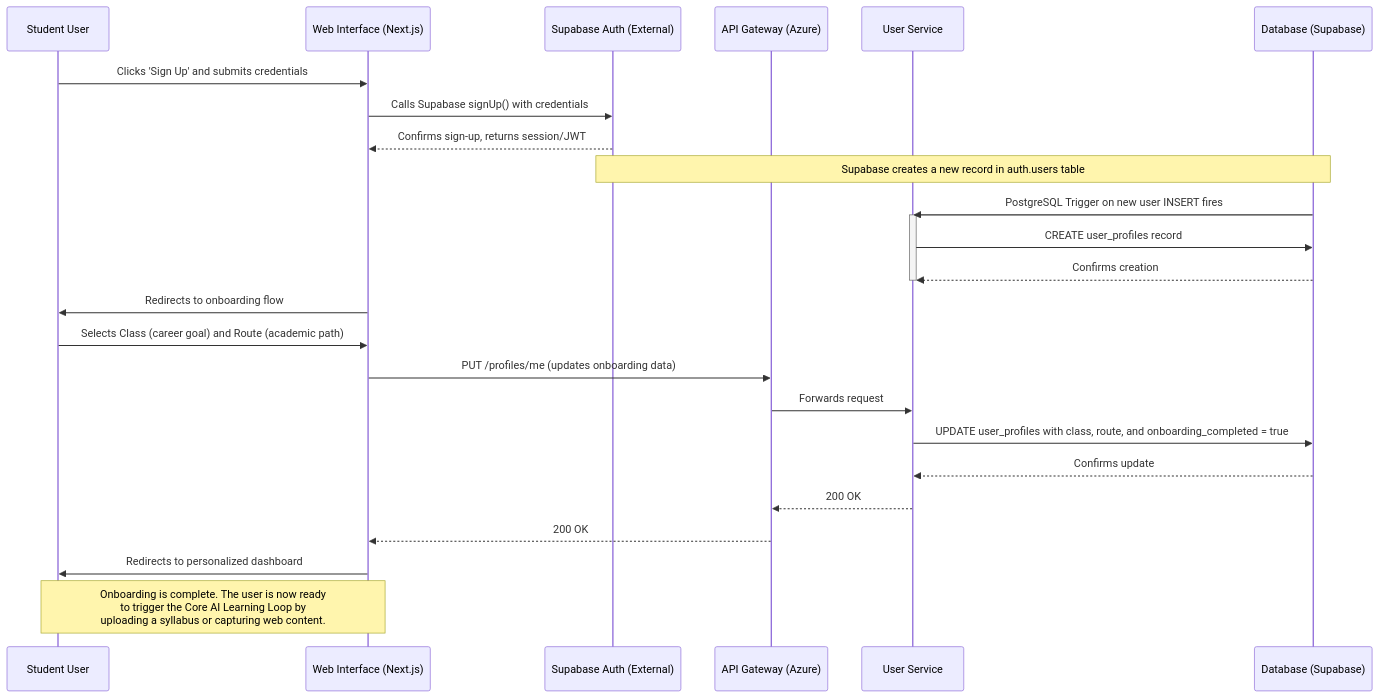
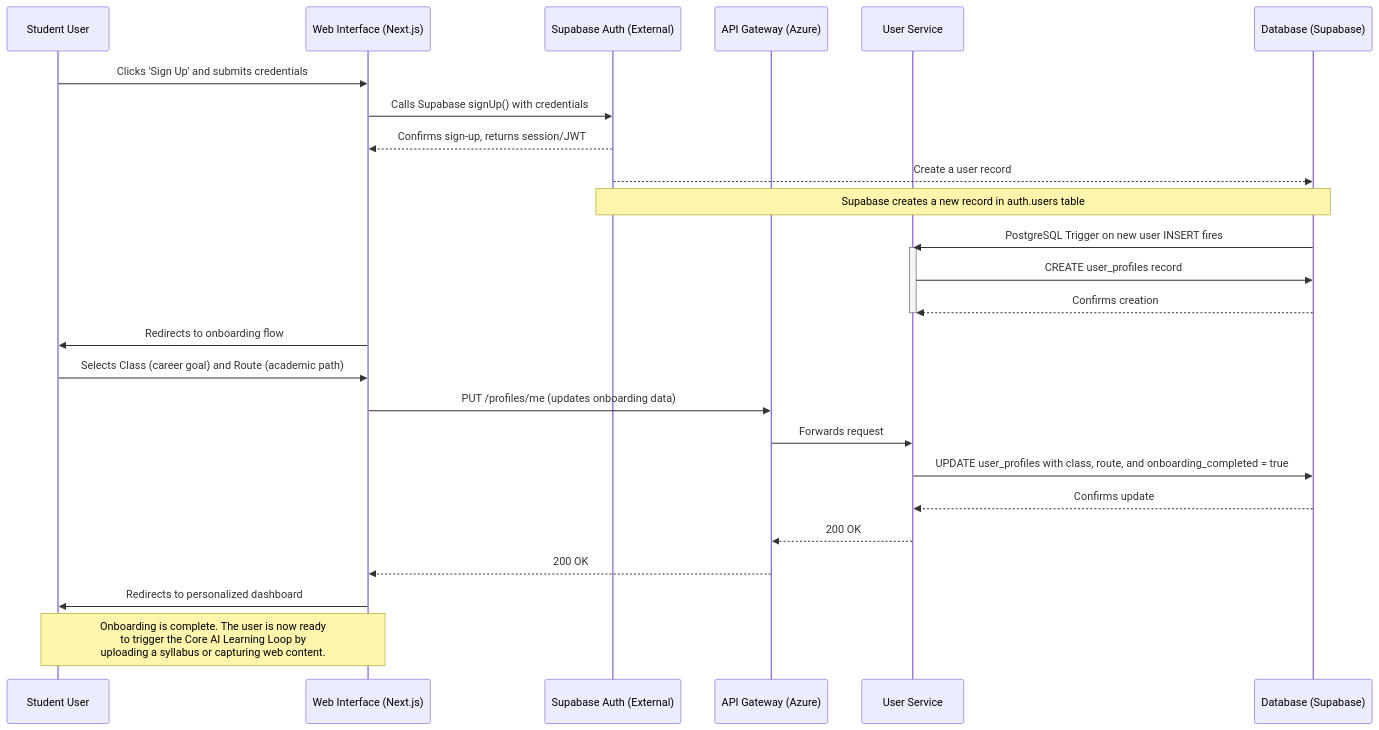
The diagram in mermaid-diagrams/sequence/01-student-onboarding.md (FA25SE050-RogueLearn/RogueLearn.BMAD.Documentation), drawn with Mermaid before and after one commit. The commit also changed 1 other file, not shown here.

````diff
--- a/mermaid-diagrams/sequence/01-student-onboarding.md
+++ b/mermaid-diagrams/sequence/01-student-onboarding.md
@@ -3,36 +3,37 @@
 ```mermaid
 sequenceDiagram
     participant U as Student User
     participant UI as Web Interface (Next.js)
     participant SupabaseAuth as Supabase Auth (External)
     participant APIGateway as API Gateway (Azure)
     participant UserService as User Service
     participant Database as Database (Supabase)
 
     %% Step 1: User Registration via Supabase SDK %%
     U->>UI: Clicks 'Sign Up' and submits credentials
     UI->>SupabaseAuth: Calls Supabase signUp() with credentials
     SupabaseAuth-->>UI: Confirms sign-up, returns session/JWT
-
+    SupabaseAuth-->>Database: Create a user record
+    
     %% Step 2: Backend Profile Creation via DB Trigger %%
     Note over SupabaseAuth, Database: Supabase creates a new record in auth.users table
     Database->>UserService: PostgreSQL Trigger on new user INSERT fires
     activate UserService
     UserService->>Database: CREATE user_profiles record
     Database-->>UserService: Confirms creation
     deactivate UserService
     
     %% Step 3: User is redirected to complete the onboarding wizard %%
     UI->>U: Redirects to onboarding flow
     U->>UI: Selects Class (career goal) and Route (academic path)
     UI->>APIGateway: PUT /profiles/me (updates onboarding data)
     APIGateway->>UserService: Forwards request
     UserService->>Database: UPDATE user_profiles with class, route, and onboarding_completed = true
     Database-->>UserService: Confirms update
     UserService-->>APIGateway: 200 OK
     APIGateway-->>UI: 200 OK
 
     %% Step 4: User lands on the dashboard %%
     UI->>U: Redirects to personalized dashboard
     Note over U, UI: Onboarding is complete. The user is now ready<br/>to trigger the Core AI Learning Loop by<br/>uploading a syllabus or capturing web content.
 ```
````
